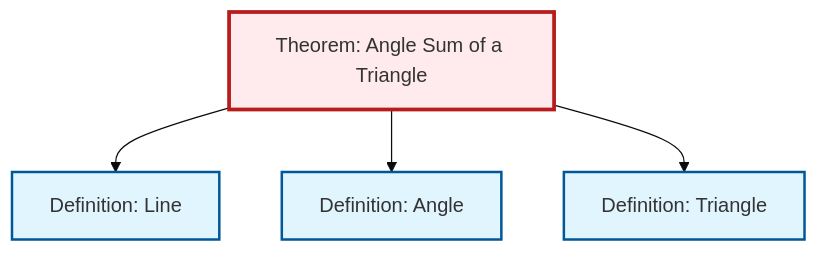
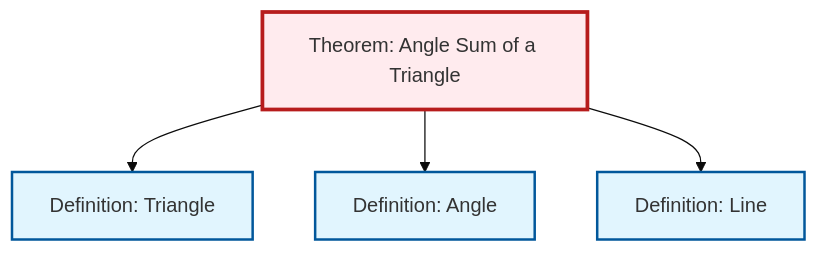
One commit to RK0429/ModernMath changed the diagram in content/en/geometry/thm-angle-sum-triangle.qmd. Above: the diagram before and after it, drawn with Mermaid (base theme). The commit also changed other lines of this file and 417 other files, not shown here.

````diff
--- a/content/en/geometry/thm-angle-sum-triangle.qmd
+++ b/content/en/geometry/thm-angle-sum-triangle.qmd
@@ -57,20 +57,20 @@
 ```{mermaid}
 %%| fig-cap: "Local dependency graph"
 graph TD
     classDef definition fill:#e1f5fe,stroke:#01579b,stroke-width:2px
     classDef theorem fill:#f3e5f5,stroke:#4a148c,stroke-width:2px
     classDef axiom fill:#fff3e0,stroke:#e65100,stroke-width:2px
     classDef example fill:#e8f5e9,stroke:#1b5e20,stroke-width:2px
     classDef current fill:#ffebee,stroke:#b71c1c,stroke-width:3px
     thm-angle-sum-triangle["Theorem: Angle Sum of a Triangle"]:::theorem
+    def-angle["Definition: Angle"]:::definition
+    def-line["Definition: Line"]:::definition
     def-triangle["Definition: Triangle"]:::definition
-    def-line["Definition: Line"]:::definition
-    def-angle["Definition: Angle"]:::definition
+    thm-angle-sum-triangle --> def-triangle
+    thm-angle-sum-triangle --> def-angle
     thm-angle-sum-triangle --> def-line
-    thm-angle-sum-triangle --> def-angle
-    thm-angle-sum-triangle --> def-triangle
     class thm-angle-sum-triangle current
+    click def-angle "def-angle.html" "Go to Angle definition"
+    click def-line "def-line.html" "Go to Line definition"
     click def-triangle "def-triangle.html" "Go to Triangle definition"
-    click def-line "def-line.html" "Go to Line definition"
-    click def-angle "def-angle.html" "Go to Angle definition"
 ```
````
